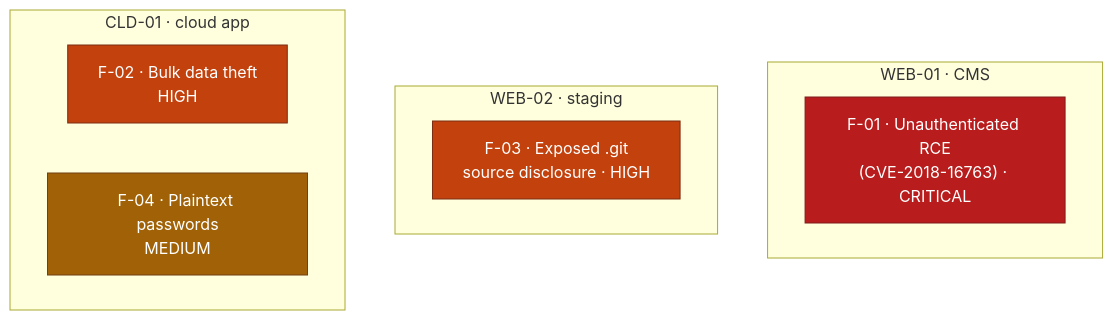
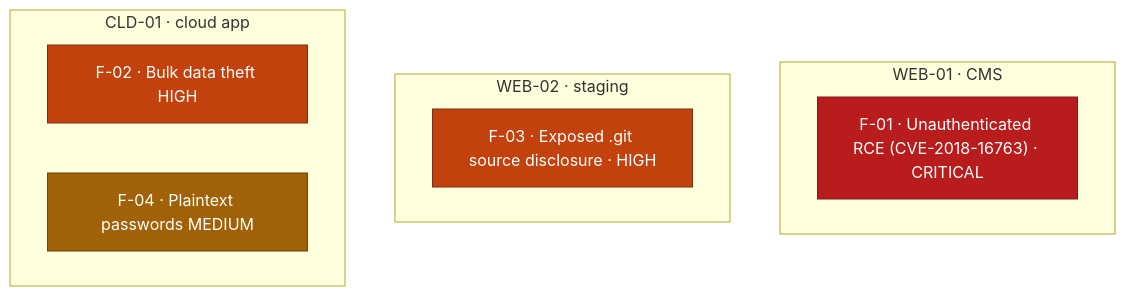
Before and after one commit to ouroboros-white/cybersecurity-portfolio: the diagram in reports/lab-assessment-2026-08.md, drawn with Mermaid. The commit also changed 5 other files, not shown here.

First line of the commit message:
fix: drop <br/> from mermaid labels so diagrams render everywhere

````diff
--- a/reports/lab-assessment-2026-08.md
+++ b/reports/lab-assessment-2026-08.md
@@ -63,19 +63,19 @@
 ```mermaid
 flowchart TD
     subgraph WEB01["WEB-01 · CMS"]
-      A1["F-01 · Unauthenticated RCE<br/>(CVE-2018-16763) · CRITICAL"]
+      A1["F-01 · Unauthenticated RCE (CVE-2018-16763) · CRITICAL"]
     end
     subgraph WEB02["WEB-02 · staging"]
-      A3["F-03 · Exposed .git<br/>source disclosure · HIGH"]
+      A3["F-03 · Exposed .git source disclosure · HIGH"]
     end
     subgraph CLD01["CLD-01 · cloud app"]
-      A2["F-02 · Bulk data theft<br/>HIGH"]
-      A4["F-04 · Plaintext passwords<br/>MEDIUM"]
+      A2["F-02 · Bulk data theft HIGH"]
+      A4["F-04 · Plaintext passwords MEDIUM"]
     end
     classDef crit fill:#b91c1c,stroke:#7f1d1d,color:#ffffff;
     classDef high fill:#c2410c,stroke:#7c2d12,color:#ffffff;
     classDef med fill:#a16207,stroke:#713f12,color:#ffffff;
     class A1 crit;
     class A2,A3 high;
     class A4 med;
 ```
````
